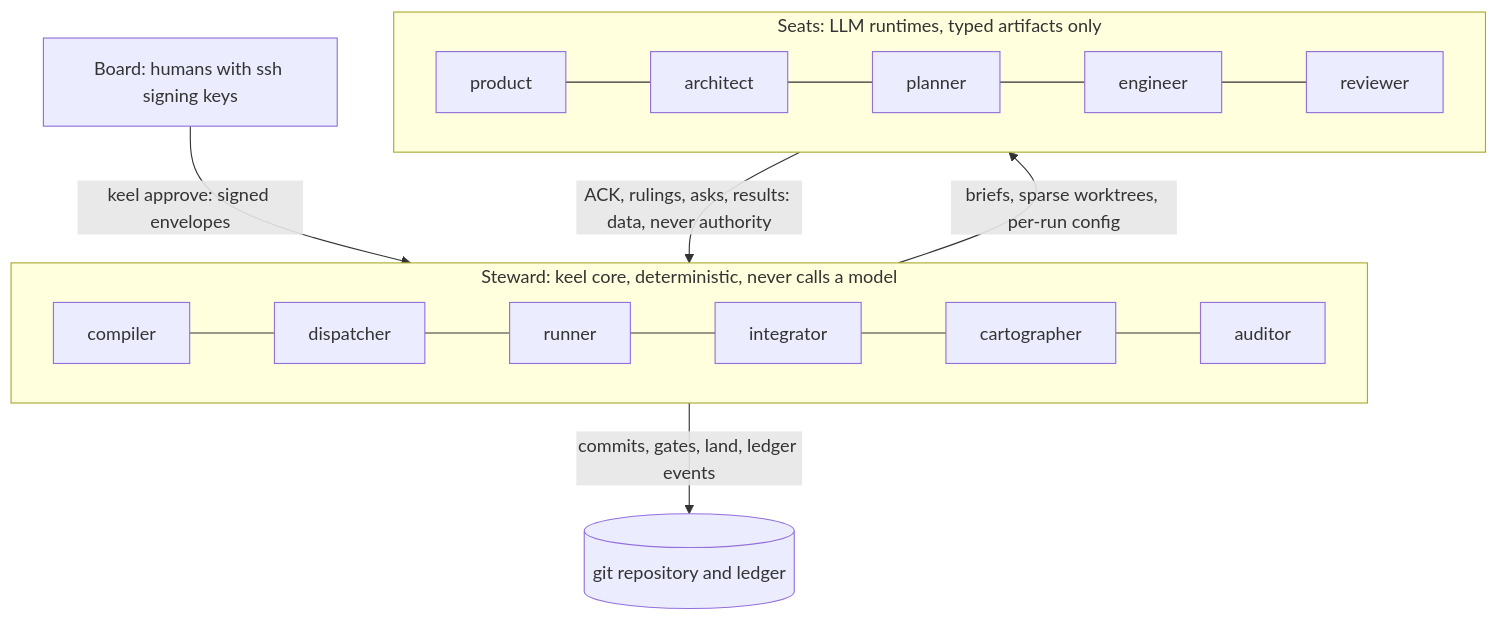
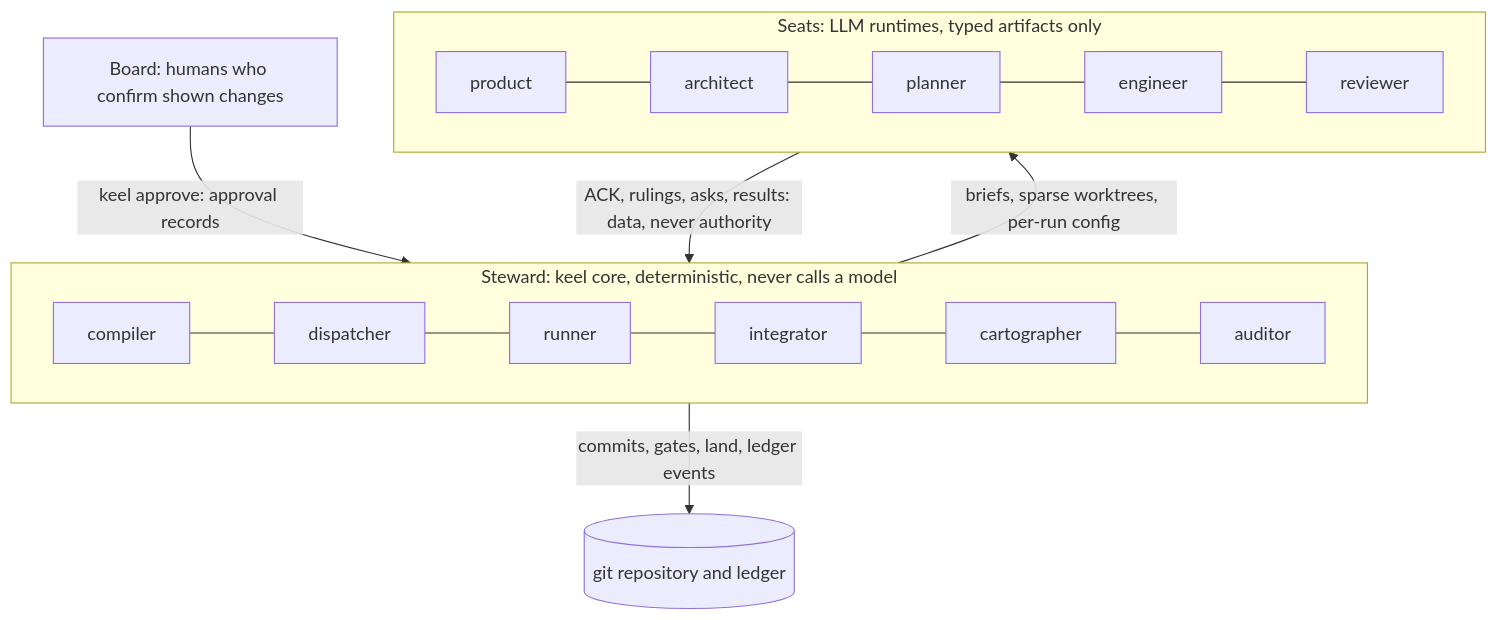
Before and after one commit to Qither/keel: the diagram in docs/01-org-model.md, drawn with Mermaid. The commit also changed other lines of this file and 130 other files, not shown here.

````diff
--- a/docs/01-org-model.md
+++ b/docs/01-org-model.md
@@ -20,17 +20,17 @@
 ```mermaid
 flowchart TB
-  Board["Board: humans with ssh signing keys"]
+  Board["Board: humans who confirm shown changes"]
   subgraph Steward["Steward: keel core, deterministic, never calls a model"]
     direction LR
     compiler --- dispatcher --- runner --- integrator --- cartographer --- auditor
   end
   subgraph Seats["Seats: LLM runtimes, typed artifacts only"]
     direction LR
     product --- architect --- planner --- engineer --- reviewer
   end
   Repo[("git repository and ledger")]
-  Board -- "keel approve: signed envelopes" --> Steward
+  Board -- "keel approve: approval records" --> Steward
   Steward -- "briefs, sparse worktrees, per-run config" --> Seats
   Seats -- "ACK, rulings, asks, results: data, never authority" --> Steward
   Steward -- "commits, gates, land, ledger events" --> Repo
 ```
````
